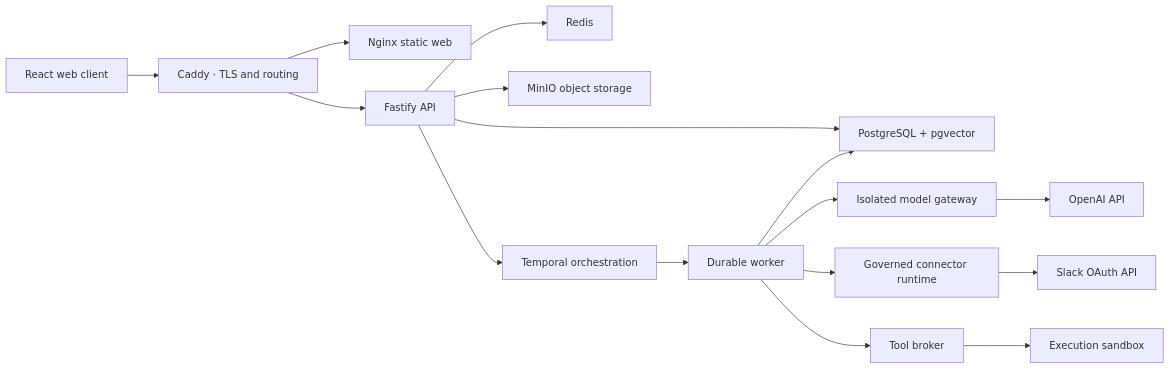
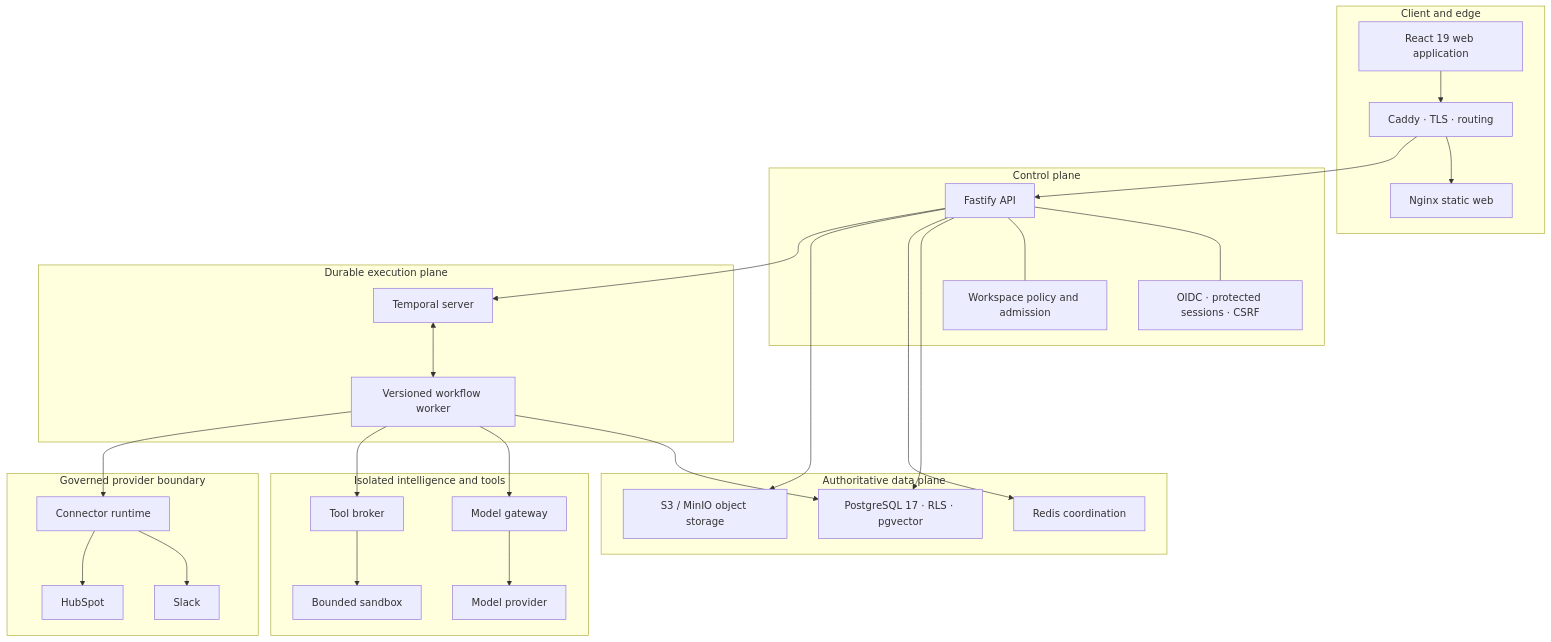
Before and after one commit to shubhamrevankar/knotline: the second of 2 diagrams in README.md, drawn with Mermaid. The commit also changed other lines of this file, not shown here.

````diff
--- a/README.md
+++ b/README.md
@@ -55,21 +160,57 @@
 ```mermaid
-flowchart LR
-    Browser["React web client"] --> Caddy["Caddy · TLS and routing"]
-    Caddy --> Web["Nginx static web"]
-    Caddy --> API["Fastify API"]
+flowchart TB
+    subgraph Client["Client and edge"]
+        Browser["React 19 web application"]
+        Edge["Caddy · TLS · routing"]
+        Static["Nginx static web"]
+        Browser --> Edge
+        Edge --> Static
+    end
 
-    API --> PostgreSQL["PostgreSQL + pgvector"]
-    API --> Redis["Redis"]
-    API --> MinIO["MinIO object storage"]
-    API --> Temporal["Temporal orchestration"]
+    subgraph Control["Control plane"]
+        API["Fastify API"]
+        Auth["OIDC · protected sessions · CSRF"]
+        Policy["Workspace policy and admission"]
+        API --- Auth
+        API --- Policy
+    end
 
-    Temporal --> Worker["Durable worker"]
-    Worker --> PostgreSQL
-    Worker --> Gateway["Isolated model gateway"]
-    Gateway --> OpenAI["OpenAI API"]
-    Worker --> Connectors["Governed connector runtime"]
-    Connectors --> Slack["Slack OAuth API"]
+    subgraph Data["Authoritative data plane"]
+        Postgres["PostgreSQL 17 · RLS · pgvector"]
+        Redis["Redis coordination"]
+        Objects["S3 / MinIO object storage"]
+    end
 
-    Worker --> Broker["Tool broker"]
-    Broker --> Sandbox["Execution sandbox"]
+    subgraph Runtime["Durable execution plane"]
+        Temporal["Temporal server"]
+        Worker["Versioned workflow worker"]
+        Temporal <--> Worker
+    end
+
+    subgraph Intelligence["Isolated intelligence and tools"]
+        Gateway["Model gateway"]
+        Provider["Model provider"]
+        Broker["Tool broker"]
+        Sandbox["Bounded sandbox"]
+        Gateway --> Provider
+        Broker --> Sandbox
+    end
+
+    subgraph Integrations["Governed provider boundary"]
+        Connectors["Connector runtime"]
+        Slack["Slack"]
+        HubSpot["HubSpot"]
+        Connectors --> Slack
+        Connectors --> HubSpot
+    end
+
+    Edge --> API
+    API --> Postgres
+    API --> Redis
+    API --> Objects
+    API --> Temporal
+    Worker --> Postgres
+    Worker --> Gateway
+    Worker --> Broker
+    Worker --> Connectors
 ```
````
